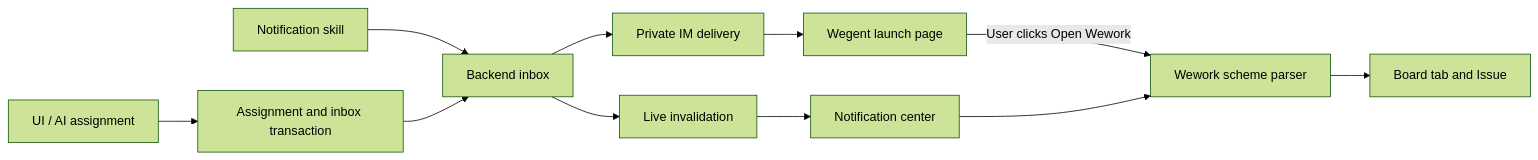
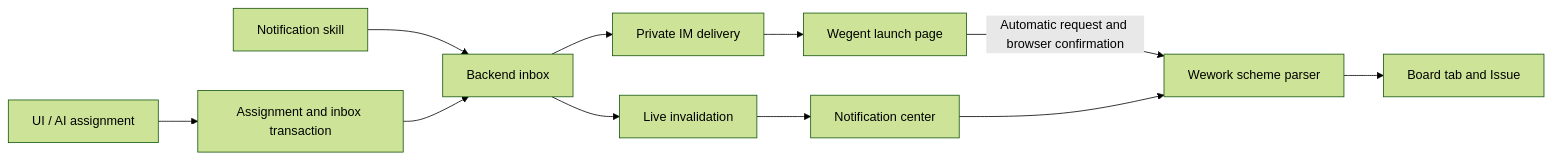
One commit to wecode-ai/Wegent changed the diagram in docs/en/wegent/user-guide/wework-notifications.md. Above: the diagram before and after it, drawn with Mermaid (forest theme). The commit also changed other lines of this file and 10 other files, not shown here.

````diff
--- a/docs/en/wegent/user-guide/wework-notifications.md
+++ b/docs/en/wegent/user-guide/wework-notifications.md
@@ -40,13 +42,13 @@
 ```mermaid
 flowchart LR
   Caller[UI / AI assignment] --> Transaction[Assignment and inbox transaction]
   Skill[Notification skill] --> Inbox[Backend inbox]
   Transaction --> Inbox
   Inbox --> Live[Live invalidation]
   Inbox --> IM[Private IM delivery]
   Live --> Bell[Notification center]
   IM --> Web[Wegent launch page]
-  Web -->|User clicks Open Wework| Scheme[Wework scheme parser]
+  Web -->|Automatic request and browser confirmation| Scheme[Wework scheme parser]
   Bell --> Scheme
   Scheme --> Issue[Board tab and Issue]
 ```
````
